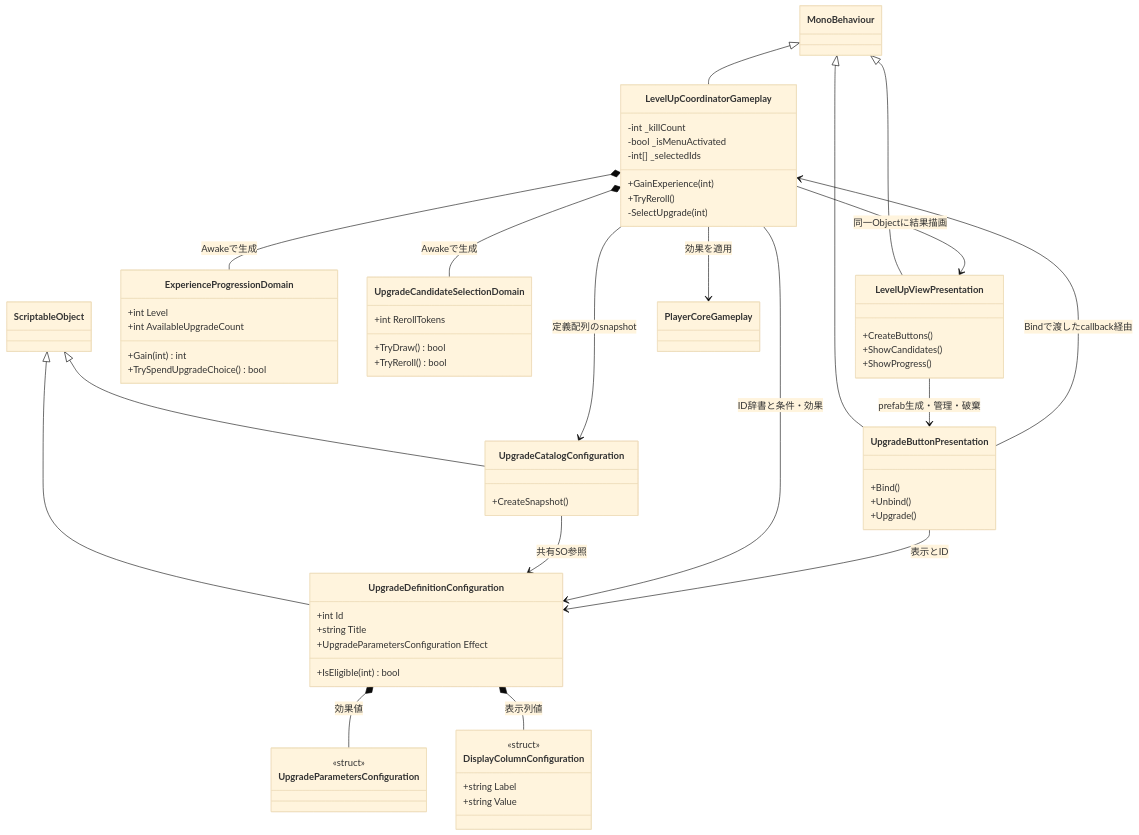
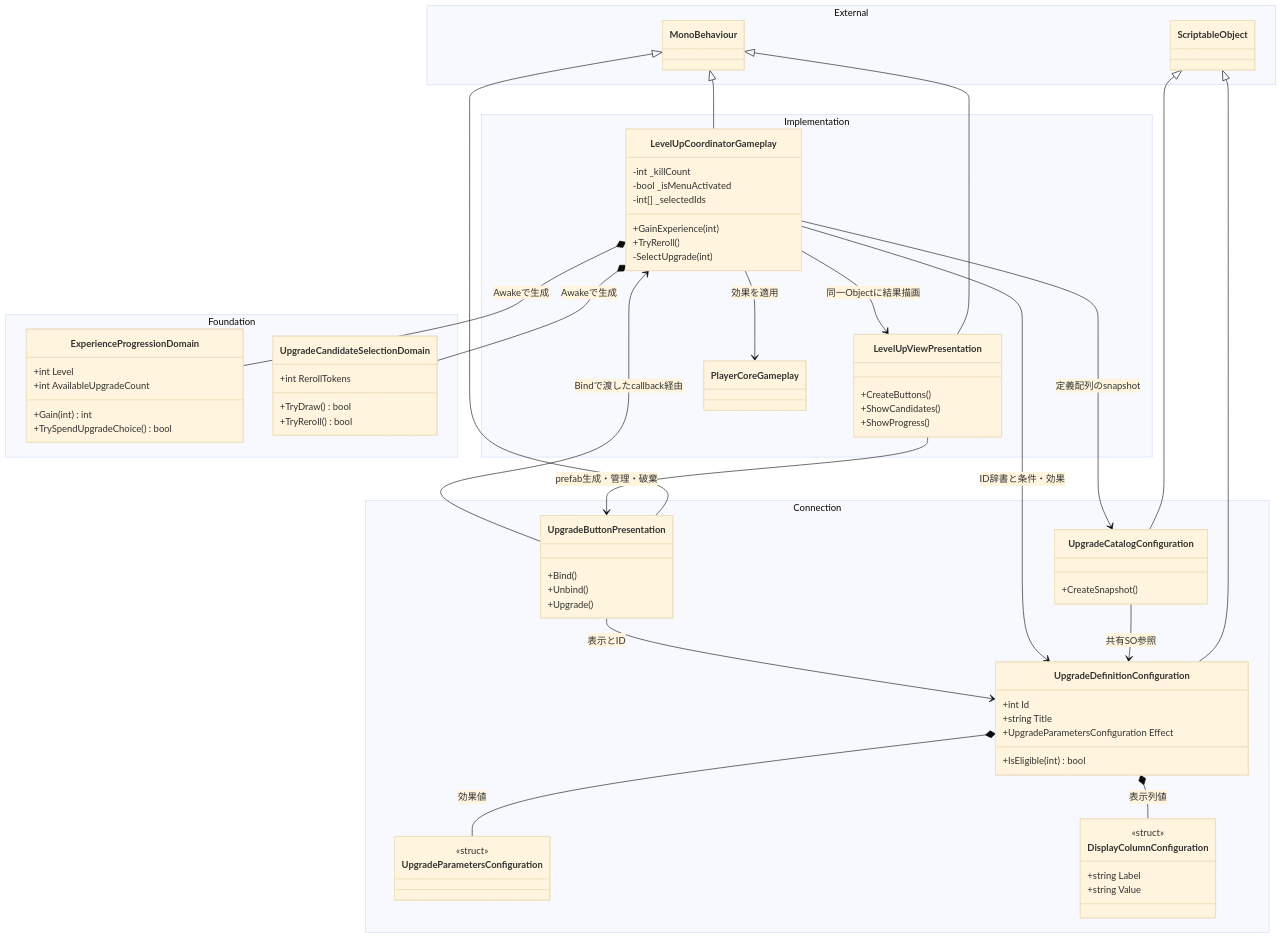
One commit to AoiTomiyama/kojinProjectFeb3D changed the third of 3 diagrams in docs/specs/architecture-classes.md. Above: the diagram before and after it, drawn with Mermaid (base theme). The commit also changed other lines of this file and 5 other files, not shown here.

Commit message:
[docs] 全設計図に役割配色と責務の囲みを追加

````diff
--- a/docs/specs/architecture-classes.md
+++ b/docs/specs/architecture-classes.md
@@ -172,69 +190,77 @@
 ```mermaid
 classDiagram
-    class MonoBehaviour
-    class ScriptableObject
-    class LevelUpCoordinatorGameplay {
-      -int _killCount
-      -bool _isMenuActivated
-      -int[] _selectedIds
-      +GainExperience(int)
-      +TryReroll()
-      -SelectUpgrade(int)
+    namespace Foundation {
+        class ExperienceProgressionDomain {
+          +int Level
+          +int AvailableUpgradeCount
+          +Gain(int) int
+          +TrySpendUpgradeChoice() bool
+        }
+        class UpgradeCandidateSelectionDomain {
+          +int RerollTokens
+          +TryDraw() bool
+          +TryReroll() bool
+        }
     }
-    class ExperienceProgressionDomain {
-      +int Level
-      +int AvailableUpgradeCount
-      +Gain(int) int
-      +TrySpendUpgradeChoice() bool
+    namespace Implementation {
+        class LevelUpCoordinatorGameplay {
+          -int _killCount
+          -bool _isMenuActivated
+          -int[] _selectedIds
+          +GainExperience(int)
+          +TryReroll()
+          -SelectUpgrade(int)
+        }
+        class LevelUpViewPresentation {
+          +CreateButtons()
+          +ShowCandidates()
+          +ShowProgress()
+        }
+        class PlayerCoreGameplay
     }
-    class UpgradeCandidateSelectionDomain {
-      +int RerollTokens
-      +TryDraw() bool
-      +TryReroll() bool
+    namespace Connection {
+        class UpgradeButtonPresentation {
+          +Bind()
+          +Unbind()
+          +Upgrade()
+        }
+        class UpgradeCatalogConfiguration {
+          +CreateSnapshot()
+        }
+        class UpgradeDefinitionConfiguration {
+          +int Id
+          +string Title
+          +UpgradeParametersConfiguration Effect
+          +IsEligible(int) bool
+        }
+        class UpgradeParametersConfiguration {
+          <<struct>>
+        }
+        class DisplayColumnConfiguration {
+          <<struct>>
+          +string Label
+          +string Value
+        }
     }
-    class LevelUpViewPresentation {
-      +CreateButtons()
-      +ShowCandidates()
-      +ShowProgress()
+    namespace External {
+        class MonoBehaviour
+        class ScriptableObject
     }
-    class UpgradeButtonPresentation {
-      +Bind()
-      +Unbind()
-      +Upgrade()
-    }
-    class UpgradeCatalogConfiguration {
-      +CreateSnapshot()
-    }
-    class UpgradeDefinitionConfiguration {
-      +int Id
-      +string Title
-      +UpgradeParametersConfiguration Effect
-      +IsEligible(int) bool
-    }
-    class UpgradeParametersConfiguration {
-      <<struct>>
-    }
-    class DisplayColumnConfiguration {
-      <<struct>>
-      +string Label
-      +string Value
-    }
-    class PlayerCoreGameplay
     MonoBehaviour <|-- LevelUpCoordinatorGameplay
     MonoBehaviour <|-- LevelUpViewPresentation
     MonoBehaviour <|-- UpgradeButtonPresentation
     ScriptableObject <|-- UpgradeCatalogConfiguration
     ScriptableObject <|-- UpgradeDefinitionConfiguration
     LevelUpCoordinatorGameplay *-- ExperienceProgressionDomain : Awakeで生成
     LevelUpCoordinatorGameplay *-- UpgradeCandidateSelectionDomain : Awakeで生成
     LevelUpCoordinatorGameplay --> LevelUpViewPresentation : 同一Objectに結果描画
     LevelUpCoordinatorGameplay --> UpgradeCatalogConfiguration : 定義配列のsnapshot
     UpgradeCatalogConfiguration --> UpgradeDefinitionConfiguration : 共有SO参照
     LevelUpCoordinatorGameplay --> UpgradeDefinitionConfiguration : ID辞書と条件・効果
     UpgradeDefinitionConfiguration *-- UpgradeParametersConfiguration : 効果値
     UpgradeDefinitionConfiguration *-- DisplayColumnConfiguration : 表示列値
     LevelUpViewPresentation --> UpgradeButtonPresentation : prefab生成・管理・破棄
     UpgradeButtonPresentation --> UpgradeDefinitionConfiguration : 表示とID
     UpgradeButtonPresentation --> LevelUpCoordinatorGameplay : Bindで渡したcallback経由
     LevelUpCoordinatorGameplay --> PlayerCoreGameplay : 効果を適用
 ```
````
